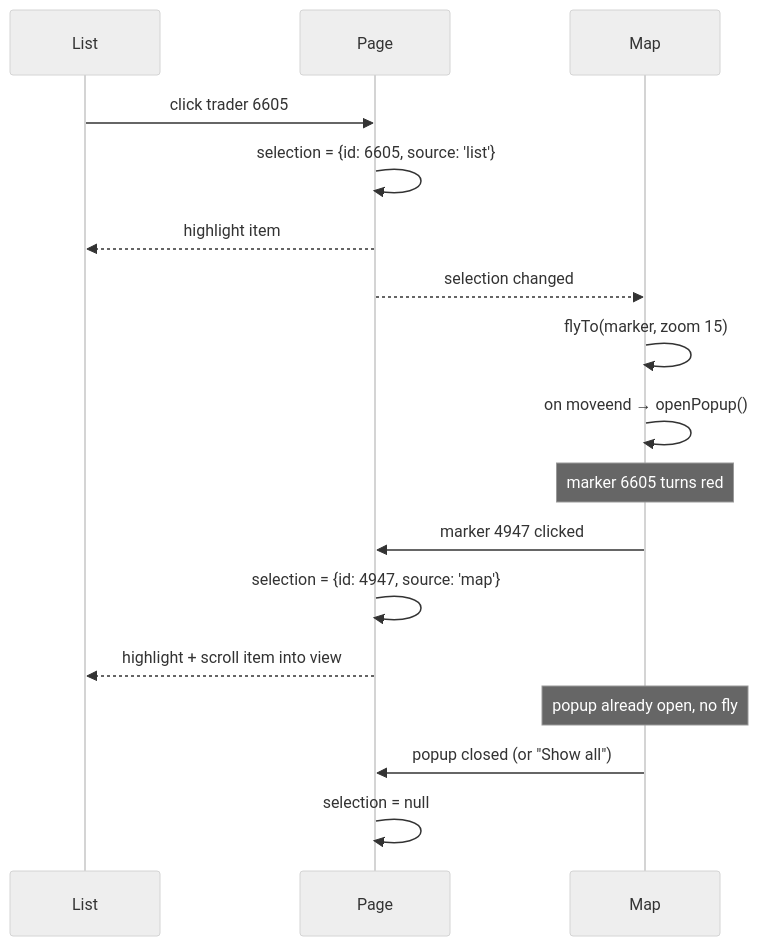
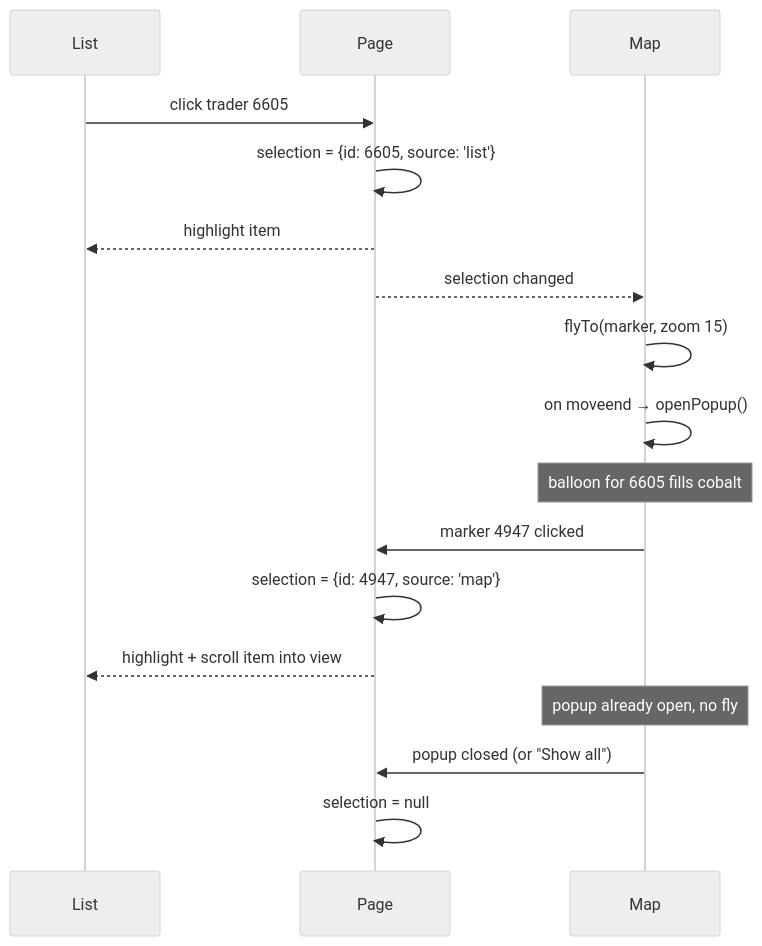
Before and after one commit to Redolid/egic-assignment: the second of 2 diagrams in docs/task-3-traders-map.md, drawn with Mermaid (neutral theme). The commit also changed other lines of this file and 64 other files, not shown here.

````diff
--- a/docs/task-3-traders-map.md
+++ b/docs/task-3-traders-map.md
@@ -36,21 +55,21 @@
 ```mermaid
 sequenceDiagram
   participant List
   participant Page
   participant Map
   List->>Page: click trader 6605
   Page->>Page: selection = {id: 6605, source: 'list'}
   Page-->>List: highlight item
   Page-->>Map: selection changed
   Map->>Map: flyTo(marker, zoom 15)
   Map->>Map: on moveend → openPopup()
-  Note over Map: marker 6605 turns red
+  Note over Map: balloon for 6605 fills cobalt
 
   Map->>Page: marker 4947 clicked
   Page->>Page: selection = {id: 4947, source: 'map'}
   Page-->>List: highlight + scroll item into view
   Note over Map: popup already open, no fly
 
   Map->>Page: popup closed (or "Show all")
   Page->>Page: selection = null
 ```
````
